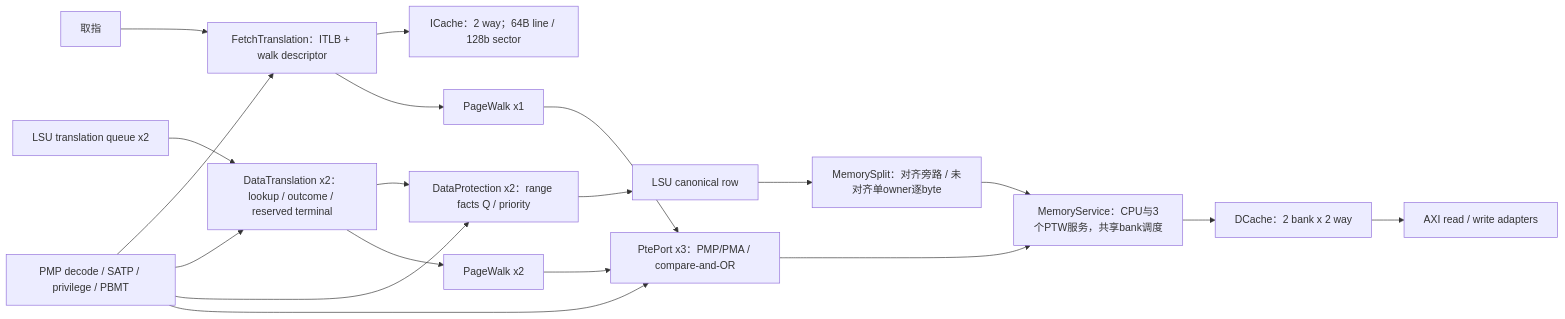
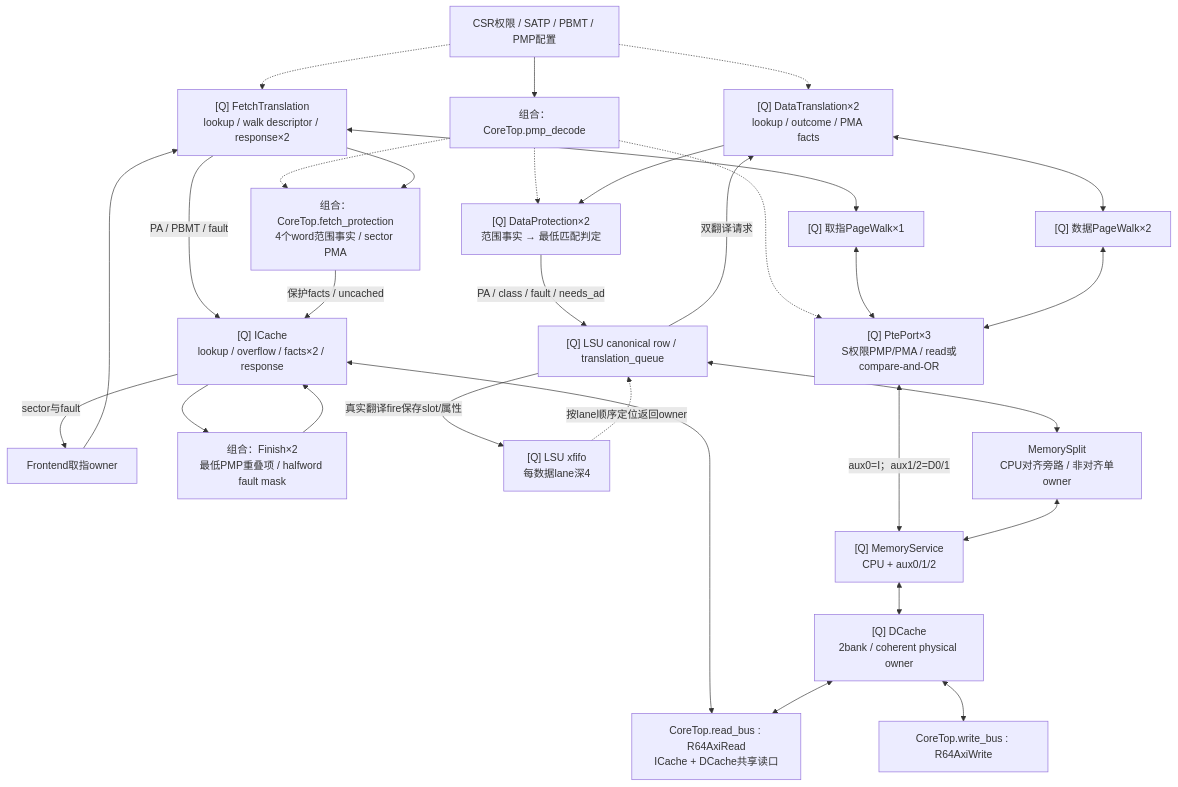
The diagram in npc/rv64/vsrc/memory/TOPOLOGY.md (mcsaver/oscpu), drawn with Mermaid before and after one commit. The commit also changed other lines of this file and 11 other files, not shown here.

````diff
--- a/npc/rv64/vsrc/memory/TOPOLOGY.md
+++ b/npc/rv64/vsrc/memory/TOPOLOGY.md
@@ -3,21 +84,47 @@
 ```mermaid
-flowchart LR
-  IF["取指"] --> FT["FetchTranslation：ITLB + walk descriptor"]
-  FT --> IC["ICache：2 way；64B line / 128b sector"]
-  IQ["LSU translation queue x2"] --> DT["DataTranslation x2：lookup / outcome / reserved terminal"]
-  DT --> DP["DataProtection x2：range facts Q / priority"]
-  DP --> L["LSU canonical row"]
-  DT --> PTW["PageWalk x2"]
-  FT --> IP["PageWalk x1"]
-  IP --> PP["PtePort x3：PMP/PMA / compare-and-OR"]
-  PTW --> PP
-  L --> LS["MemorySplit：对齐旁路 / 未对齐单owner逐byte"]
-  LS --> MS["MemoryService：CPU与3个PTW服务，共享bank调度"]
-  PP --> MS
-  MS --> DC["DCache：2 bank x 2 way"]
-  DC --> AX["AXI read / write adapters"]
-  CSR["PMP decode / SATP / privilege / PBMT"] --> FT
-  CSR --> DT
-  CSR --> DP
-  CSR --> PP
+flowchart TB
+  CSR["CSR权限 / SATP / PBMT / PMP配置"]
+  PMP["组合：CoreTop.pmp_decode"]
+  FE["Frontend取指owner"]
+  FT["[Q] FetchTranslation<br/>lookup / walk descriptor / response×2"]
+  FPRE["组合：CoreTop.fetch_protection<br/>4个word范围事实 / sector PMA"]
+  IC["[Q] ICache<br/>lookup / overflow / facts×2 / response"]
+  FEND["组合：Finish×2<br/>最低PMP重叠项 / halfword fault mask"]
+  LSQ["[Q] LSU canonical row / translation_queue"]
+  XF["[Q] LSU xfifo<br/>每数据lane深4"]
+  DT["[Q] DataTranslation×2<br/>lookup / outcome / PMA facts"]
+  DP["[Q] DataProtection×2<br/>范围事实 → 最低匹配判定"]
+  IW["[Q] 取指PageWalk×1"]
+  DW["[Q] 数据PageWalk×2"]
+  PP["[Q] PtePort×3<br/>S权限PMP/PMA / read或compare-and-OR"]
+  SPLIT["MemorySplit<br/>CPU对齐旁路 / 非对齐单owner"]
+  SERVICE["[Q] MemoryService<br/>CPU + aux0/1/2"]
+  DC["[Q] DCache<br/>2bank / coherent physical owner"]
+  RD["CoreTop.read_bus : R64AxiRead<br/>ICache + DCache共享读口"]
+  WR["CoreTop.write_bus : R64AxiWrite"]
+
+  CSR -.-> FT
+  CSR -.-> DT
+  CSR --> PMP
+  PMP -.-> FPRE
+  PMP -.-> DP
+  PMP -.-> PP
+  FE --> FT
+  FT -->|PA / PBMT / fault| IC
+  FT --> FPRE -->|保护facts / uncached| IC
+  IC --> FEND --> IC
+  IC -->|sector与fault| FE
+  FT <--> IW
+  LSQ -->|双翻译请求| DT
+  LSQ -->|真实翻译fire保存slot/属性| XF
+  DT --> DP -->|PA / class / fault / needs_ad| LSQ
+  XF -.->|按lane顺序定位返回owner| LSQ
+  DT <--> DW
+  IW <--> PP
+  DW <--> PP
+  PP <-->|aux0=I；aux1/2=D0/1| SERVICE
+  LSQ <--> SPLIT <--> SERVICE <--> DC
+  IC <--> RD
+  DC <--> RD
+  DC <--> WR
 ```
````
